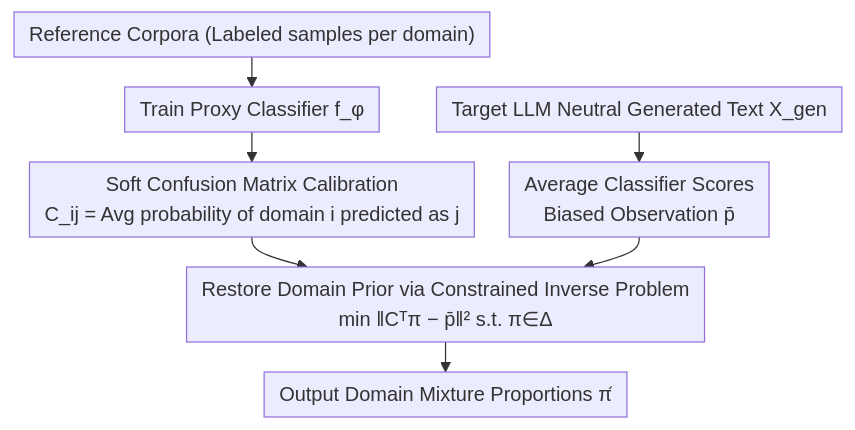
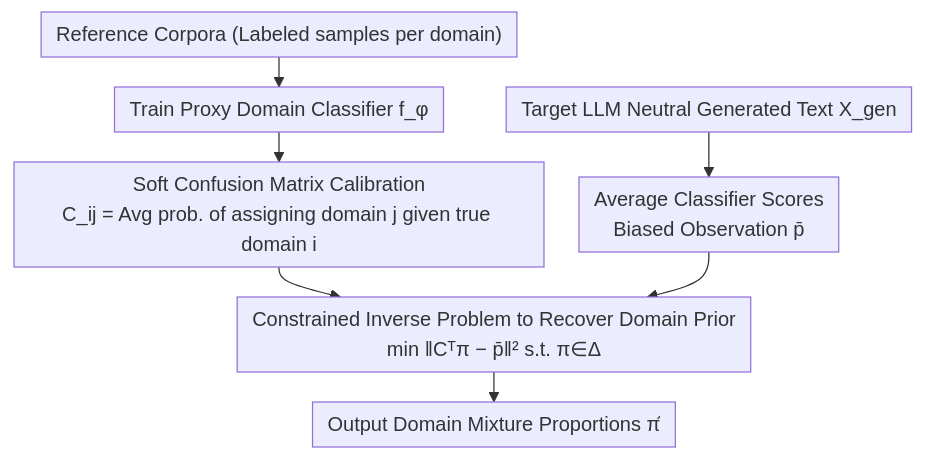
The diagram in docs/ACL2026/self_supervised/llmsurgeon_diagnosing_data_mixture_of_large_language_models.md (zhaoyang97/Paper-Notes-en), drawn with Mermaid before and after one commit. The commit also changed other lines of this file and 5084 other files, not shown here.

````diff
--- a/docs/ACL2026/self_supervised/llmsurgeon_diagnosing_data_mixture_of_large_language_models.md
+++ b/docs/ACL2026/self_supervised/llmsurgeon_diagnosing_data_mixture_of_large_language_models.md
@@ -42,10 +42,10 @@
 ```mermaid
 %%{init: {'flowchart': {'rankSpacing': 24, 'nodeSpacing': 28, 'padding': 6, 'wrappingWidth': 400}}}%%
 flowchart TD
-    A["Reference Corpora (Labeled samples per domain)"] --> B["Train Proxy Classifier f_φ"]
-    B --> C["Soft Confusion Matrix Calibration<br/>C_ij = Avg probability of domain i predicted as j"]
+    A["Reference Corpora (Labeled samples per domain)"] --> B["Train Proxy Domain Classifier f_φ"]
+    B --> C["Soft Confusion Matrix Calibration<br/>C_ij = Avg prob. of assigning domain j given true domain i"]
     D["Target LLM Neutral Generated Text X_gen"] --> E["Average Classifier Scores<br/>Biased Observation p̄"]
-    C --> F["Restore Domain Prior via Constrained Inverse Problem<br/>min ‖Cᵀπ − p̄‖² s.t. π∈Δ"]
+    C --> F["Constrained Inverse Problem to Recover Domain Prior<br/>min ‖Cᵀπ − p̄‖² s.t. π∈Δ"]
     E --> F
     F --> G["Output Domain Mixture Proportions π̂"]
 ```
````
